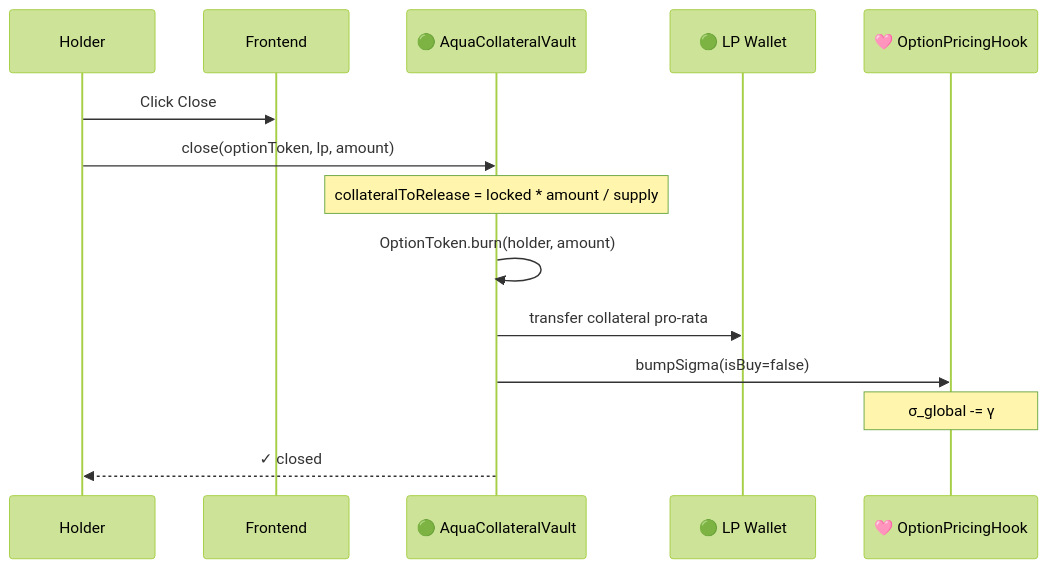
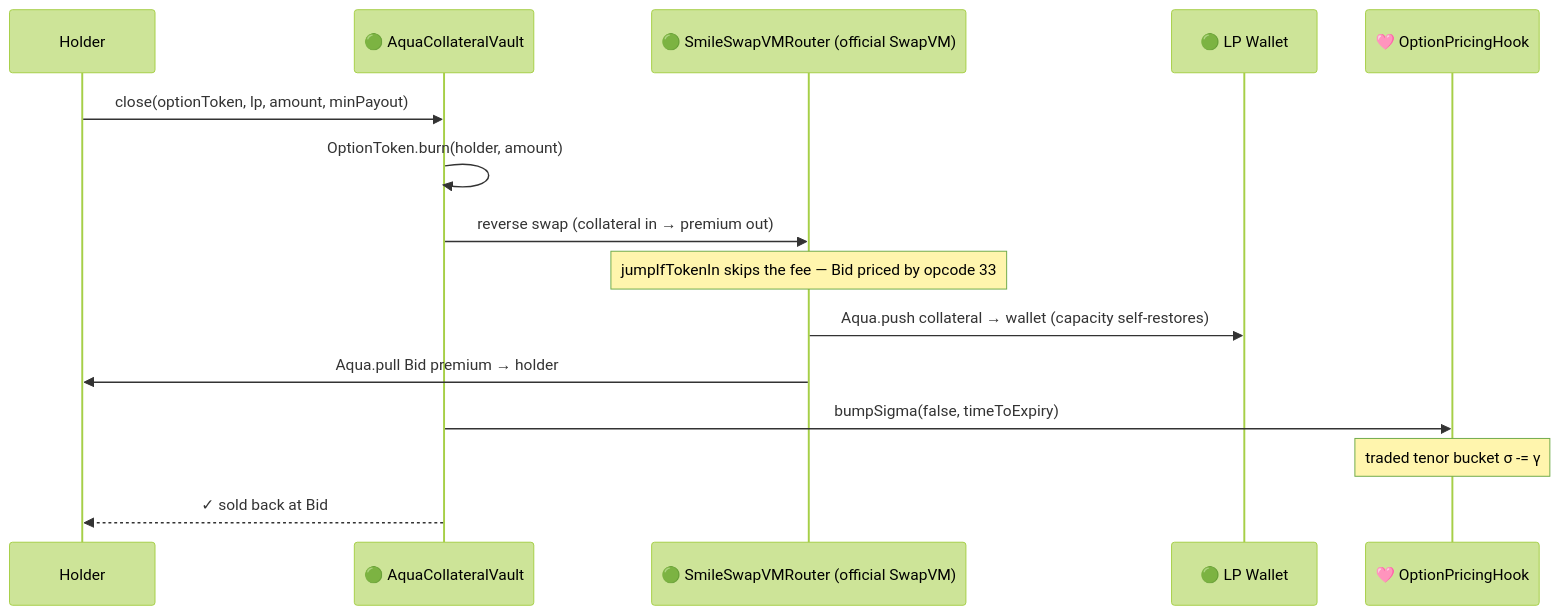
One commit to oslinin/Smile changed the fourth of 7 diagrams in README.md. Above: the diagram before and after it, drawn with Mermaid (forest theme). The commit also changed other lines of this file and 3 other files, not shown here.

````diff
--- a/README.md
+++ b/README.md
@@ -225,17 +238,18 @@
 ```mermaid
 sequenceDiagram
     participant Holder
-    participant Frontend
     participant Vault as 🟢 AquaCollateralVault
+    participant Router as 🟢 SmileSwapVMRouter (official SwapVM)
     participant LP as 🟢 LP Wallet
     participant Hook as 🩷 OptionPricingHook
 
-    Holder->>Frontend: Click Close
-    Holder->>Vault: close(optionToken, lp, amount)
-    Note over Vault: collateralToRelease = locked * amount / supply
+    Holder->>Vault: close(optionToken, lp, amount, minPayout)
     Vault->>Vault: OptionToken.burn(holder, amount)
-    Vault->>LP: transfer collateral pro-rata
-    Vault->>Hook: bumpSigma(isBuy=false)
-    Note over Hook: σ_global -= γ
-    Vault-->>Holder: ✓ closed
+    Vault->>Router: reverse swap (collateral in → premium out)
+    Note over Router: jumpIfTokenIn skips the fee — Bid priced by opcode 33
+    Router->>LP: Aqua.push collateral → wallet (capacity self-restores)
+    Router->>Holder: Aqua.pull Bid premium → holder
+    Vault->>Hook: bumpSigma(false, timeToExpiry)
+    Note over Hook: traded tenor bucket σ -= γ
+    Vault-->>Holder: ✓ sold back at Bid
 ```
````
